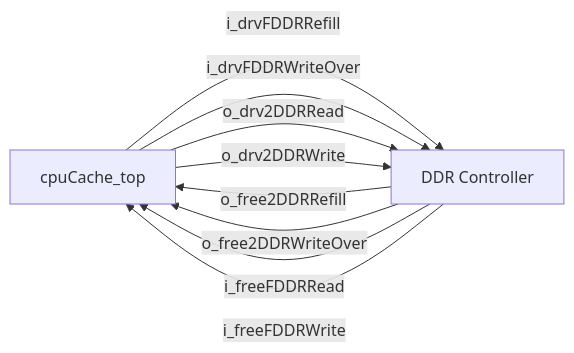
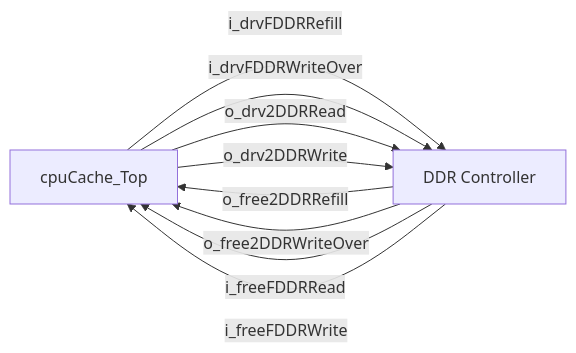
Before and after one commit to qcjjsyx/code_helper: the third of 3 diagrams in docs/manuals/CPUwithCache.md, drawn with Mermaid. The commit also changed other lines of this file and 2 other files, not shown here.

````diff
--- a/docs/manuals/CPUwithCache.md
+++ b/docs/manuals/CPUwithCache.md
@@ -95,11 +102,11 @@
 ```mermaid
 graph LR
-  C[cpuCache_top] -->|i_drvFDDRRefill| D[DDR Controller]
+  C[cpuCache_Top] -->|i_drvFDDRRefill| D[DDR Controller]
   D -->|o_free2DDRRefill| C
   C -->|i_drvFDDRWriteOver| D
   D -->|o_free2DDRWriteOver| C
   C -->|o_drv2DDRRead| D
   D -->|i_freeFDDRRead| C
   C -->|o_drv2DDRWrite| D
   D -->|i_freeFDDRWrite| C
 ```
````
